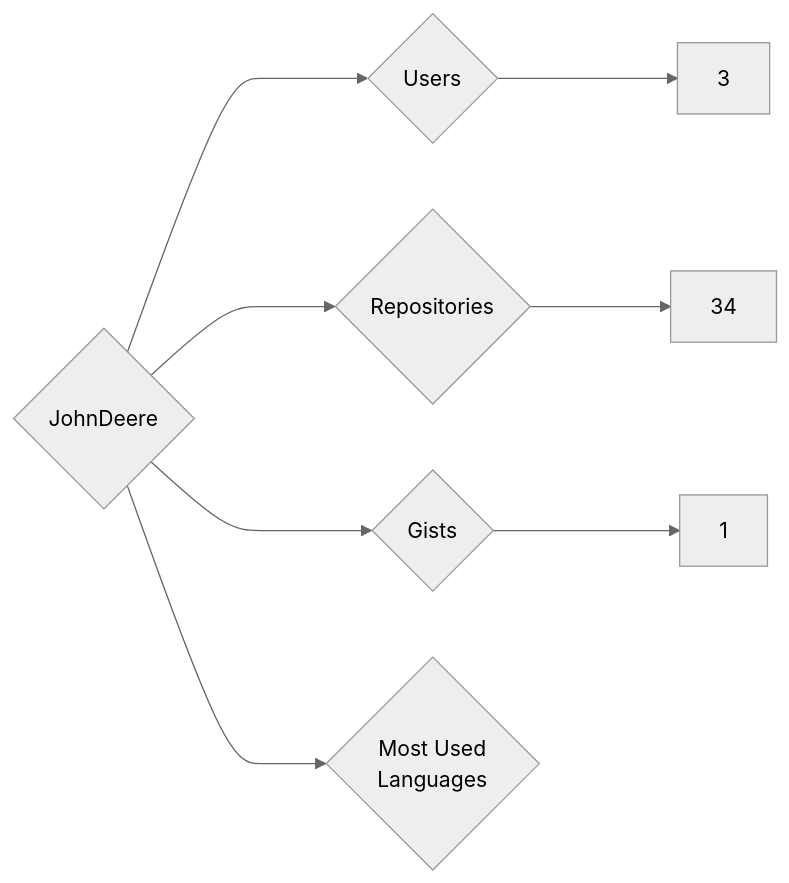
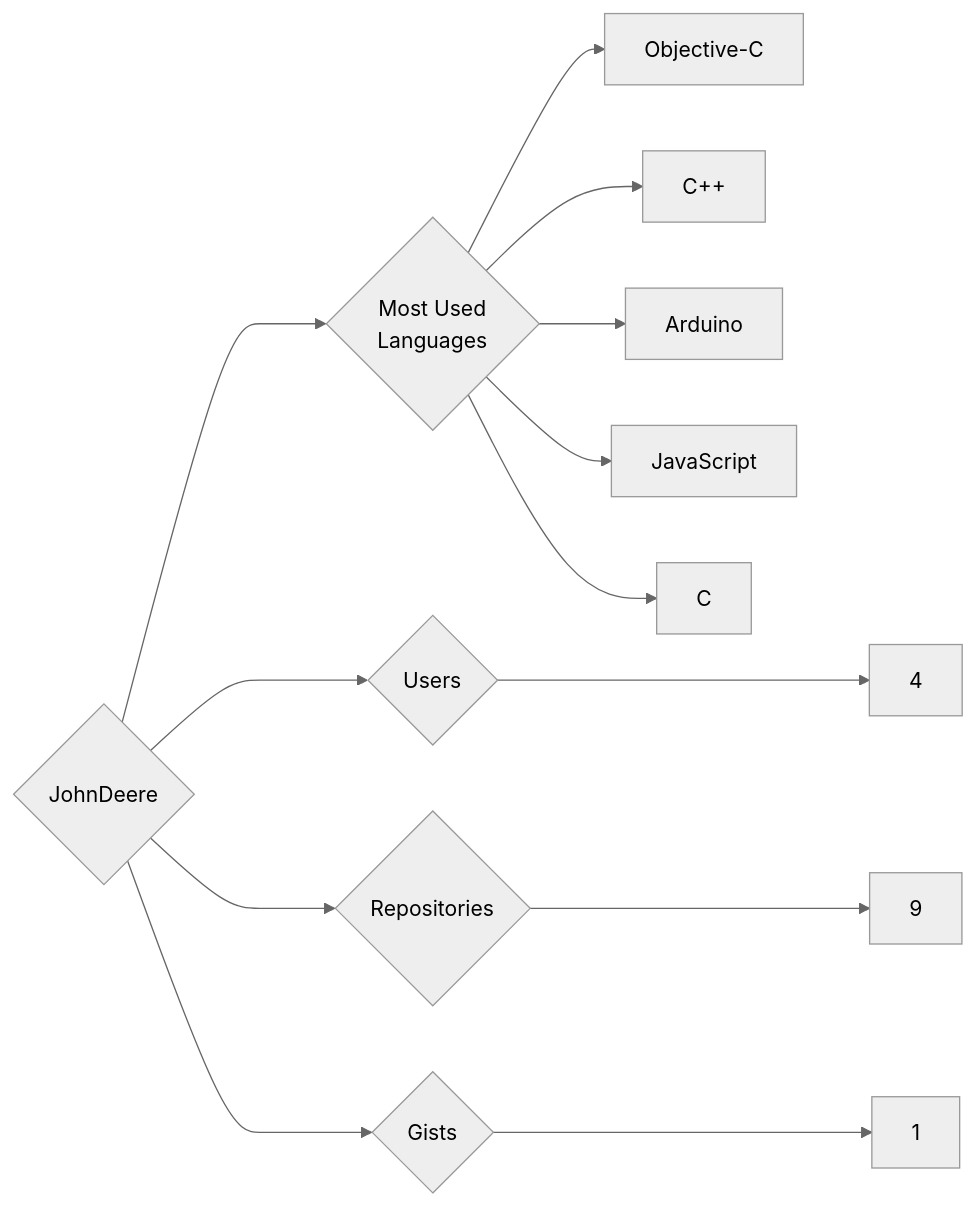
The diagram in targets/JohnDeere/README.md (trickest/insiders), drawn with Mermaid (neutral theme) before and after one commit. The commit also changed 1248 other files, not shown here.

````diff
--- a/targets/JohnDeere/README.md
+++ b/targets/JohnDeere/README.md
@@ -3,8 +3,13 @@
 ```mermaid
 graph LR
 COMPANY_NAME{JohnDeere}
-COMPANY_NAME ---> U{Users} ---> UN[3]
-COMPANY_NAME ---> R{Repositories} ---> RN[34]
+COMPANY_NAME ---> U{Users} ---> UN[4]
+COMPANY_NAME ---> R{Repositories} ---> RN[9]
 COMPANY_NAME ---> G{Gists} ---> GN[1]
 COMPANY_NAME ---> ML{Most Used<br>Languages}
+ML --> Objective-C[Objective-C]
+ML --> C++[C++]
+ML --> Arduino[Arduino]
+ML --> JavaScript[JavaScript]
+ML --> C[C]
 ```
````
